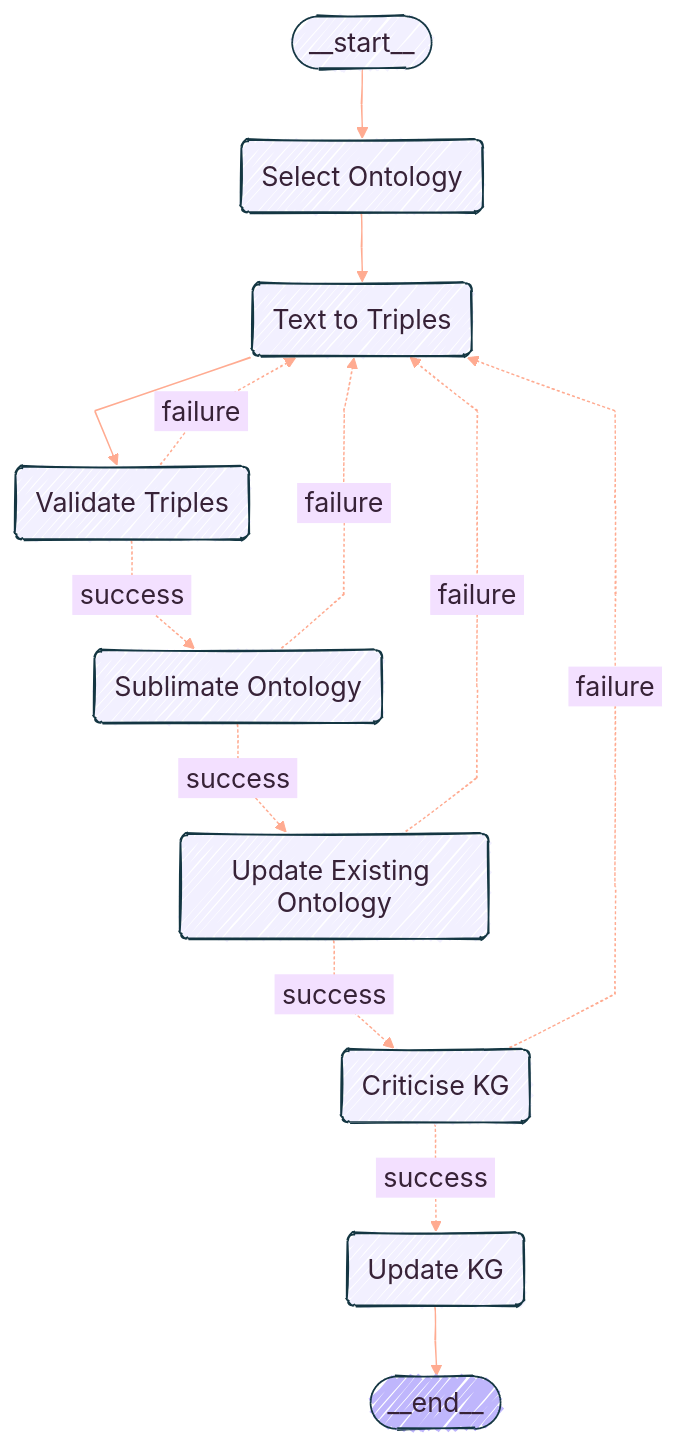
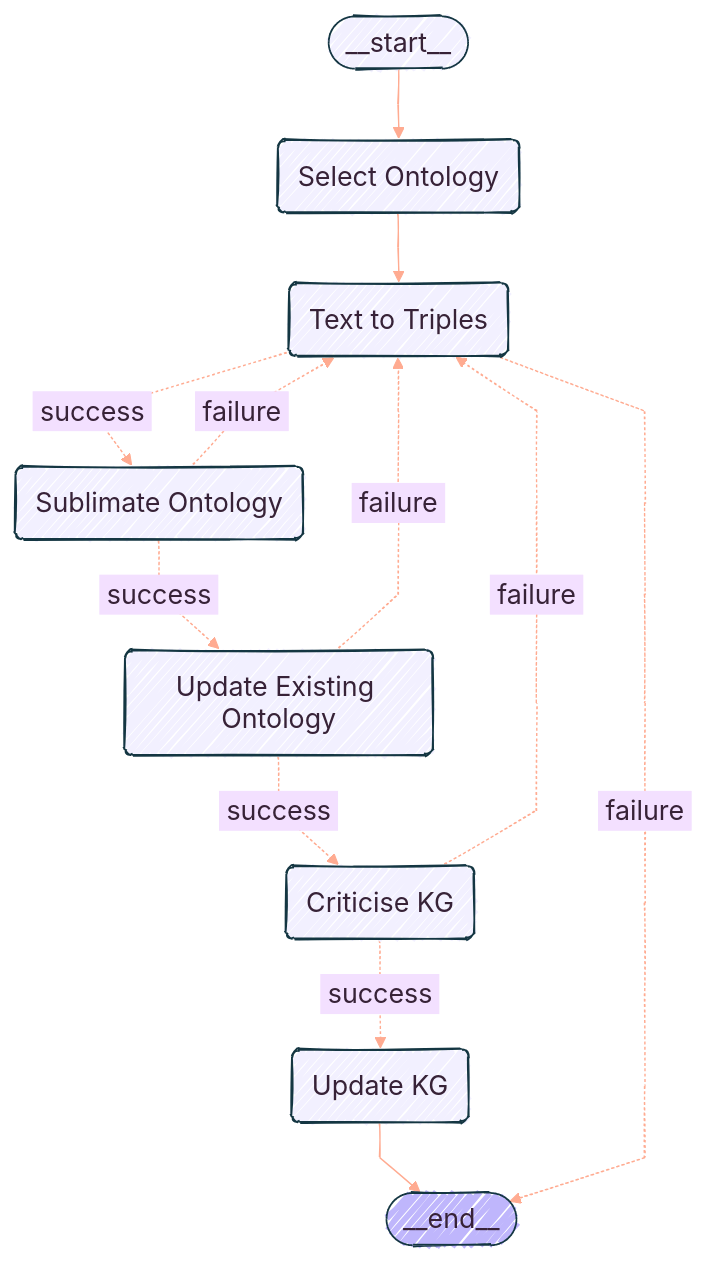
Before and after one commit to genericrobot77/ontocast: the diagram in graph.mmd, drawn with Mermaid. The commit also changed 4 other files, not shown here.

```diff
--- a/graph.mmd
+++ b/graph.mmd
@@ -1,46 +1,39 @@
 ---
 config:
   flowchart:
     curve: linear
     htmlLabels: true
     useMaxWidth: true
   look: handDrawn
-  nodes:
-    __end__:
-      label: End
-    __start__:
-      label: Start
   theme: base
   themeVariables:
     fontFamily: '''Architects Daughter'', cursive'
     fontSize: 20px
     lineColor: '#FFAB91'
     primaryBorderColor: '#143642'
     primaryColor: '#FFF3E0'
     primaryTextColor: '#372237'
 ---
 graph TD;
 	__start__([<p>__start__</p>]):::first
 	Select_Ontology(Select Ontology)
 	Text_to_Triples(Text to Triples)
-	Validate_Triples(Validate Triples)
 	Sublimate_Ontology(Sublimate Ontology)
 	Update_Existing_Ontology(Update Existing Ontology)
 	Criticise_KG(Criticise KG)
 	Update_KG(Update KG)
 	__end__([<p>__end__</p>]):::last
 	Select_Ontology --> Text_to_Triples;
-	Text_to_Triples --> Validate_Triples;
 	Update_KG --> __end__;
 	__start__ --> Select_Ontology;
-	Validate_Triples -. &nbsp;success&nbsp; .-> Sublimate_Ontology;
-	Validate_Triples -. &nbsp;failure&nbsp; .-> Text_to_Triples;
+	Text_to_Triples -. &nbsp;success&nbsp; .-> Sublimate_Ontology;
+	Text_to_Triples -. &nbsp;failure&nbsp; .-> __end__;
 	Sublimate_Ontology -. &nbsp;success&nbsp; .-> Update_Existing_Ontology;
 	Sublimate_Ontology -. &nbsp;failure&nbsp; .-> Text_to_Triples;
 	Update_Existing_Ontology -. &nbsp;success&nbsp; .-> Criticise_KG;
 	Update_Existing_Ontology -. &nbsp;failure&nbsp; .-> Text_to_Triples;
 	Criticise_KG -. &nbsp;success&nbsp; .-> Update_KG;
 	Criticise_KG -. &nbsp;failure&nbsp; .-> Text_to_Triples;
 	classDef default fill:#f2f0ff,line-height:1.2
 	classDef first fill-opacity:0
 	classDef last fill:#bfb6fc
```
